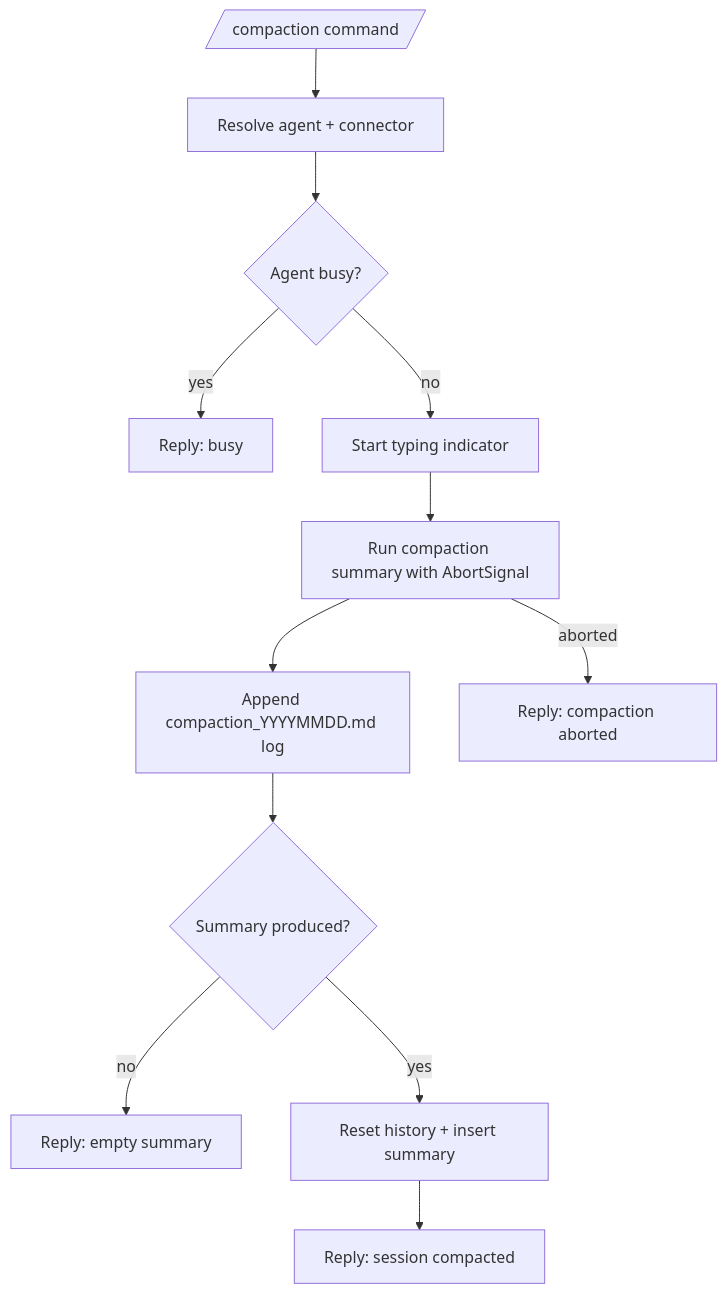
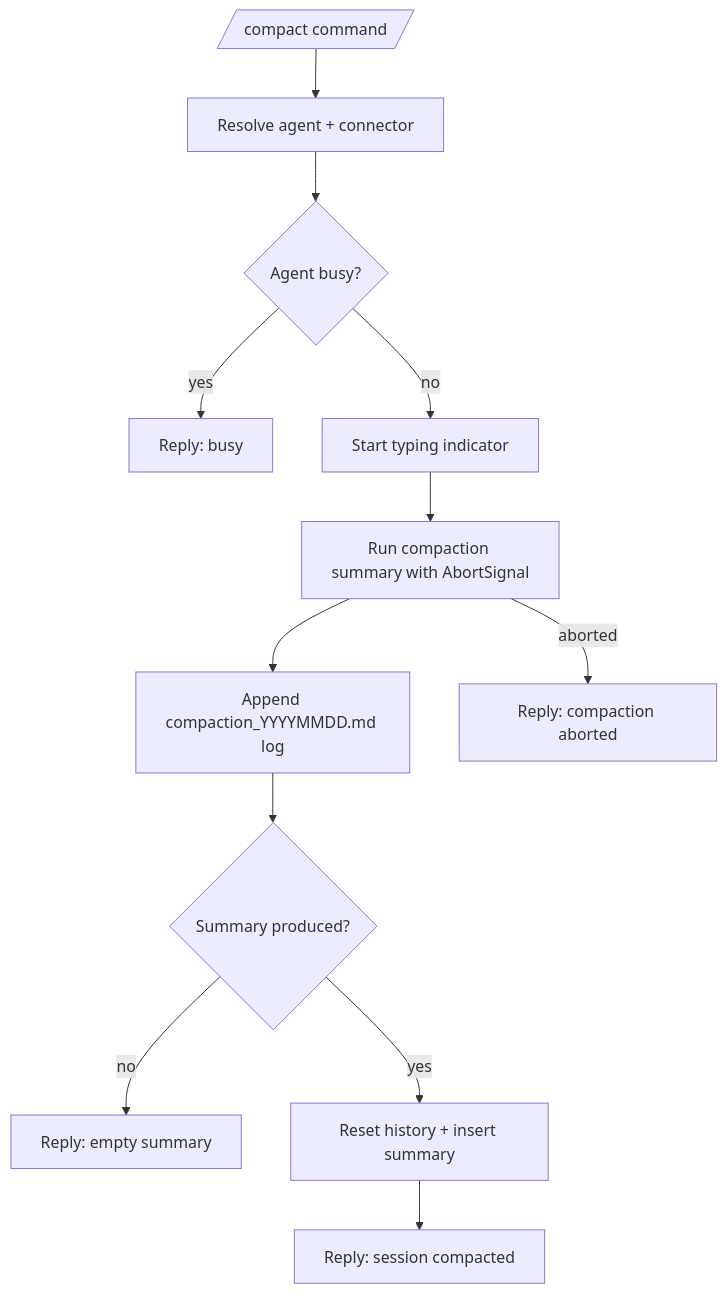
The second of 2 diagrams in doc/internals/context-compaction.md (ex3ndr/daycare), drawn with Mermaid before and after one commit. The commit also changed other lines of this file and 8 other files, not shown here.

Commit message:
fix(engine): rename compaction slash command to compact

````diff
--- a/doc/internals/context-compaction.md
+++ b/doc/internals/context-compaction.md
@@ -48,14 +48,14 @@
 ```mermaid
 flowchart TD
-  A[/compaction command/] --> B[Resolve agent + connector]
+  A[/compact command/] --> B[Resolve agent + connector]
   B --> C{Agent busy?}
   C -->|yes| D[Reply: busy]
   C -->|no| E[Start typing indicator]
   E --> F[Run compaction summary with AbortSignal]
   F --> G[Append compaction_YYYYMMDD.md log]
   G --> H{Summary produced?}
   H -->|no| I[Reply: empty summary]
   H -->|yes| J[Reset history + insert summary]
   J --> K[Reply: session compacted]
   F -->|aborted| L[Reply: compaction aborted]
 ```
````
